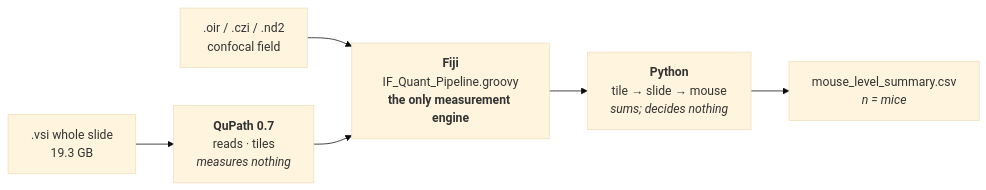
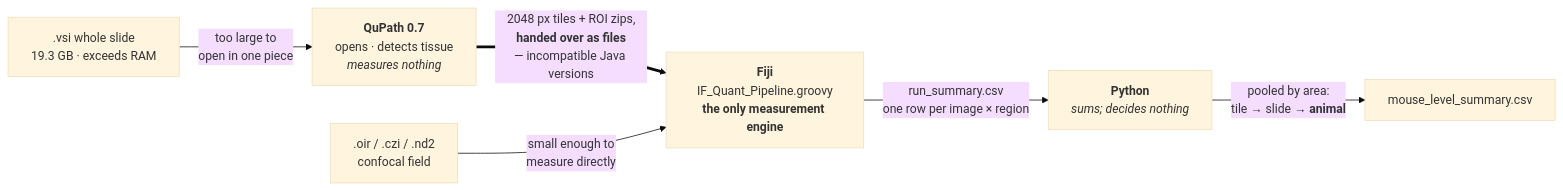
The diagram in README.md (xorca0711/IFQuant-Lung), drawn with Mermaid (base theme) before and after one commit. The commit also changed 1 other file, not shown here.

First paragraph of the commit message:
Label the architecture diagrams' edges
Audited every mermaid diagram for edge labelling. The two ARCHITECTURE diagrams
- the first thing a reviewer sees in README.md and WORKFLOW.md - scored 0/5 and
0/6: not one arrow said anything.

````diff
--- a/README.md
+++ b/README.md
@@ -12,8 +12,15 @@
 ```mermaid
 flowchart LR
-    V[".vsi whole slide<br/>19.3 GB"] --> Q["<b>QuPath 0.7</b><br/>reads · tiles<br/><i>measures nothing</i>"]
-    C[".oir / .czi / .nd2<br/>confocal field"] --> E
-    Q --> E["<b>Fiji</b><br/>IF_Quant_Pipeline.groovy<br/><b>the only measurement engine</b>"]
-    E --> P["<b>Python</b><br/>tile → slide → mouse<br/><i>sums; decides nothing</i>"]
-    P --> R["mouse_level_summary.csv<br/><i>n = mice</i>"]
+    V[".vsi whole slide<br/>19.3 GB · exceeds RAM"]
+    C[".oir / .czi / .nd2<br/>confocal field"]
+    Q["<b>QuPath 0.7</b><br/>opens · detects tissue<br/><i>measures nothing</i>"]
+    E["<b>Fiji</b><br/>IF_Quant_Pipeline.groovy<br/><b>the only measurement engine</b>"]
+    P["<b>Python</b><br/><i>sums; decides nothing</i>"]
+    R["mouse_level_summary.csv"]
+
+    V -->|"too large to<br/>open in one piece"| Q
+    Q ==>|"2048 px tiles + ROI zips,<br/><b>handed over as files</b><br/>— incompatible Java versions"| E
+    C -->|"small enough to<br/>measure directly"| E
+    E -->|"run_summary.csv<br/>one row per image × region"| P
+    P -->|"pooled by area:<br/>tile → slide → <b>animal</b>"| R
 ```
````
